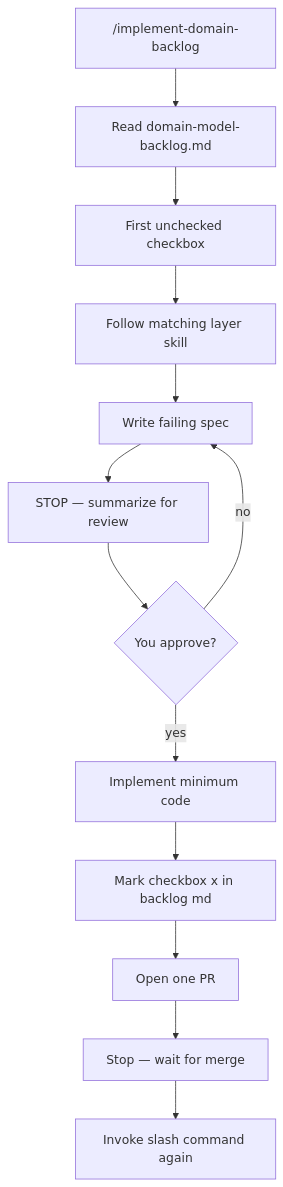
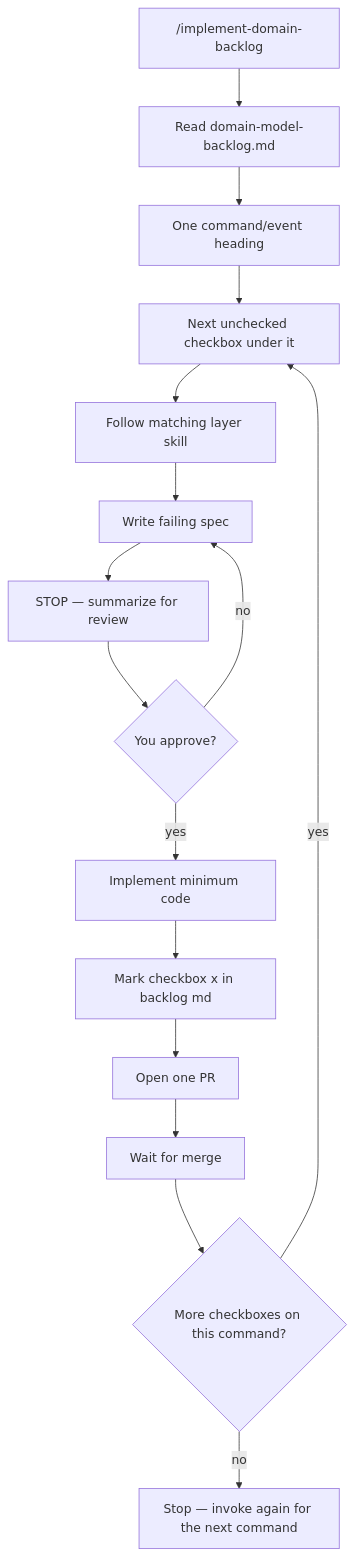
Before and after one commit to bkotos/listello: the eighth of 8 diagrams in docs/ai-tooling.md, drawn with Mermaid. The commit also changed other lines of this file and 3 other files, not shown here.

First line of the commit message:
Walk one command/event pair per /implement-domain-backlog invoke.

````diff
--- a/docs/ai-tooling.md
+++ b/docs/ai-tooling.md
@@ -415,15 +415,18 @@
 ```mermaid
 flowchart TD
     start["/implement-domain-backlog"] --> read[Read domain-model-backlog.md]
-    read --> pick[First unchecked checkbox]
-    pick --> layer[Follow matching layer skill]
+    read --> pick[One command/event heading]
+    pick --> box[Next unchecked checkbox under it]
+    box --> layer[Follow matching layer skill]
     layer --> red[Write failing spec]
     red --> stop[STOP — summarize for review]
     stop --> approved{You approve?}
     approved -->|yes| green[Implement minimum code]
     approved -->|no| red
     green --> check[Mark checkbox x in backlog md]
     check --> pr[Open one PR]
-    pr --> wait[Stop — wait for merge]
-    wait --> again[Invoke slash command again]
+    pr --> wait[Wait for merge]
+    wait --> more{More checkboxes on this command?}
+    more -->|yes| box
+    more -->|no| done[Stop — invoke again for the next command]
 ```
````
